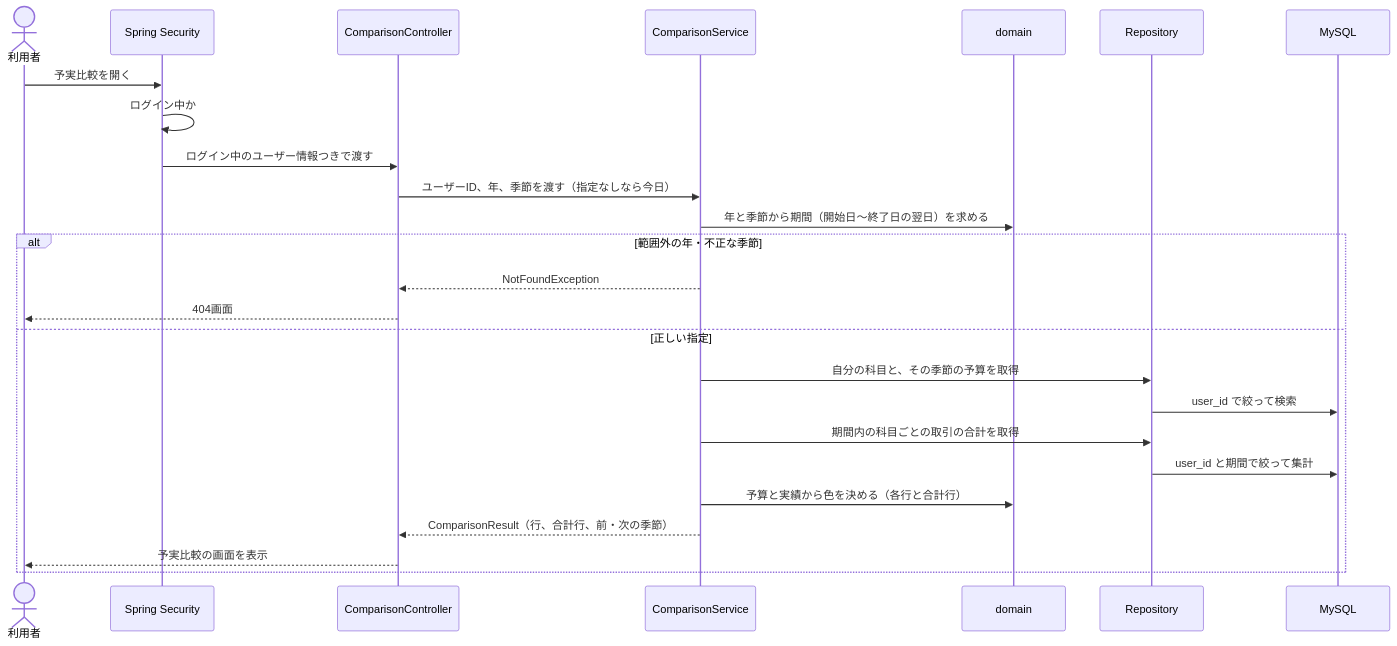
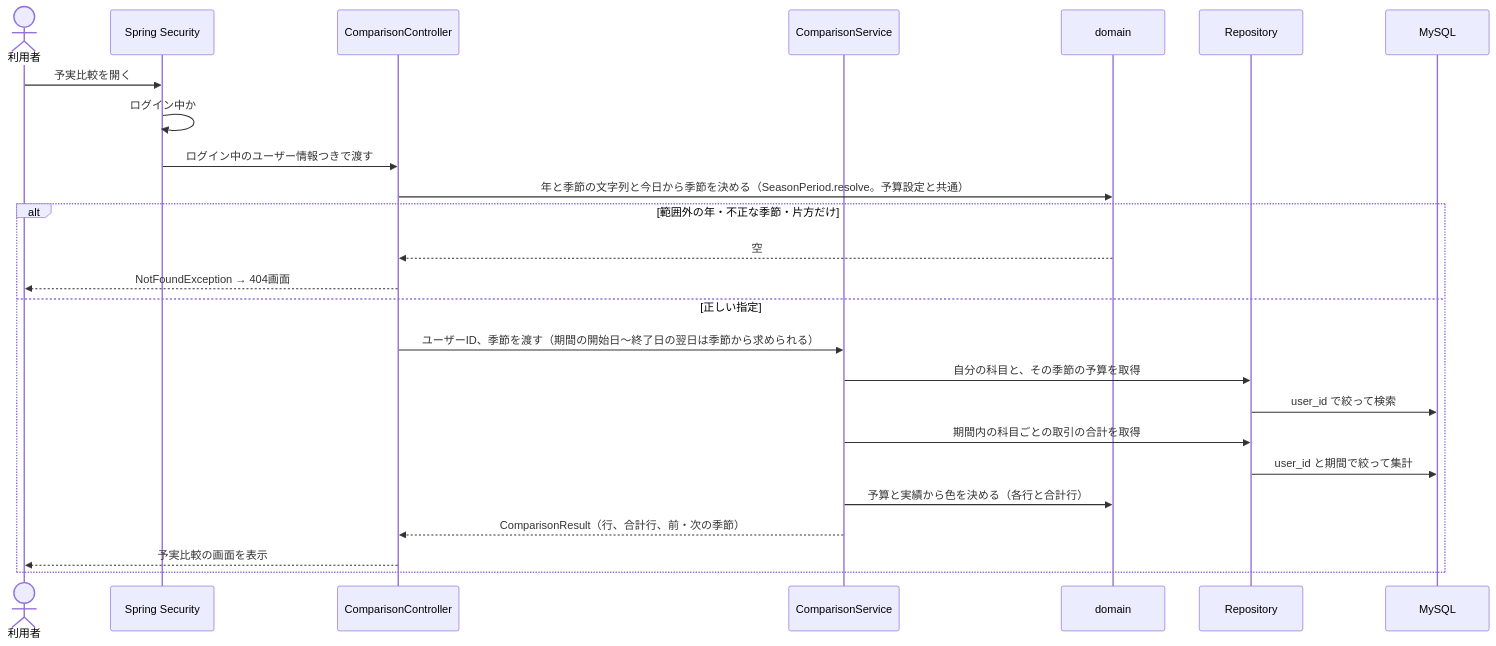
Before and after one commit to yutaro081/HouseholdBudget-SpringBoot: the second of 13 diagrams in docs/reviews/design.md, drawn with Mermaid. The commit also changed other lines of this file and 3 other files, not shown here.

````diff
--- a/docs/reviews/design.md
+++ b/docs/reviews/design.md
@@ -105,28 +105,28 @@
 ```mermaid
 sequenceDiagram
     actor U as 利用者
     participant SEC as Spring Security
     participant C as ComparisonController
     participant S as ComparisonService
     participant D as domain
     participant R as Repository
     participant DB as MySQL
 
     U->>SEC: 予実比較を開く
     SEC->>SEC: ログイン中か
     SEC->>C: ログイン中のユーザー情報つきで渡す
-    C->>S: ユーザーID、年、季節を渡す（指定なしなら今日）
-    S->>D: 年と季節から期間（開始日〜終了日の翌日）を求める
-    alt 範囲外の年・不正な季節
-        S-->>C: NotFoundException
-        C-->>U: 404画面
+    C->>D: 年と季節の文字列と今日から季節を決める（SeasonPeriod.resolve。予算設定と共通）
+    alt 範囲外の年・不正な季節・片方だけ
+        D-->>C: 空
+        C-->>U: NotFoundException → 404画面
     else 正しい指定
+        C->>S: ユーザーID、季節を渡す（期間の開始日〜終了日の翌日は季節から求められる）
         S->>R: 自分の科目と、その季節の予算を取得
         R->>DB: user_id で絞って検索
         S->>R: 期間内の科目ごとの取引の合計を取得
         R->>DB: user_id と期間で絞って集計
         S->>D: 予算と実績から色を決める（各行と合計行）
         S-->>C: ComparisonResult（行、合計行、前・次の季節）
         C-->>U: 予実比較の画面を表示
     end
 ```
````
